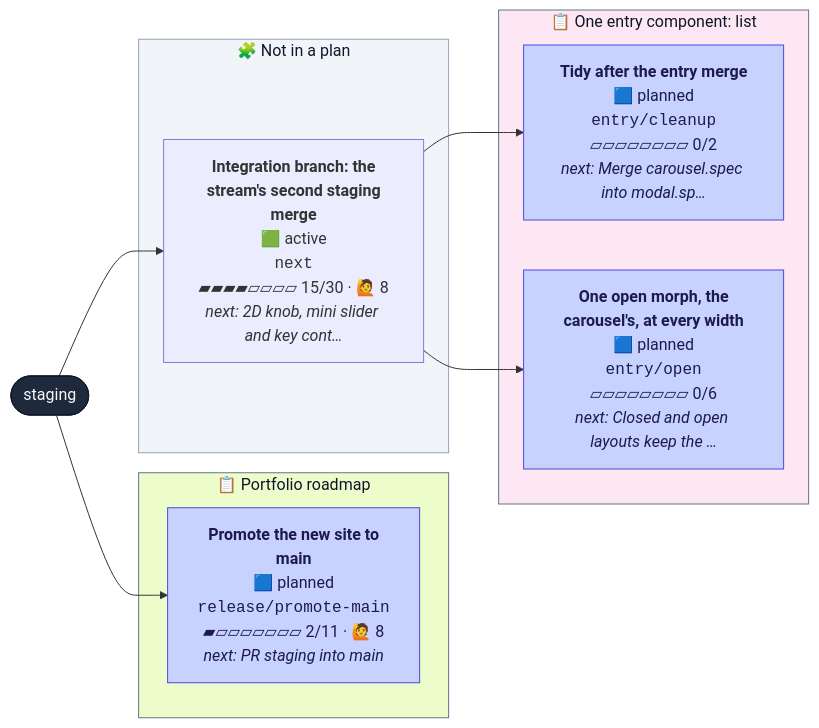
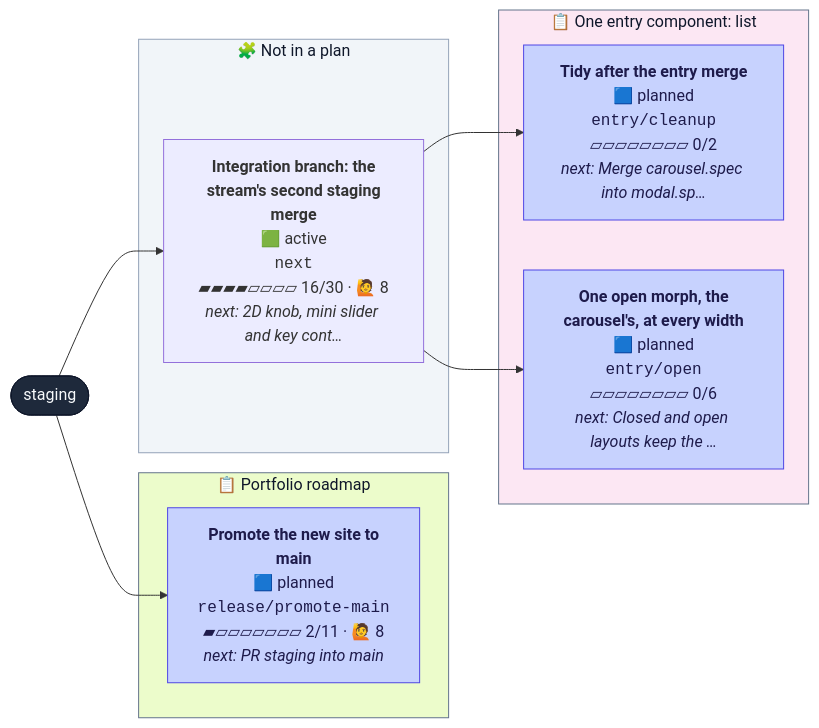
The second of 2 diagrams in CONTRIBUTING.md (henryjonescodes/portfolio), drawn with Mermaid before and after one commit. The commit also changed other lines of this file and 1 other file, not shown here.

````diff
--- a/CONTRIBUTING.md
+++ b/CONTRIBUTING.md
@@ -37,33 +37,33 @@
 ```mermaid
 flowchart LR
   n_staging([staging])
   class n_staging trunk
   subgraph plan_1["📋 One entry component: list"]
     n_entry_cleanup["<b>Tidy after the entry merge</b><br/>🟦 planned<br/><code>entry/cleanup</code><br/>▱▱▱▱▱▱▱▱ 0/2<br/><i>next: Merge carousel.spec into modal.sp…</i>"]
     class n_entry_cleanup planned
     n_entry_open["<b>One open morph, the<br/>carousel's, at every width</b><br/>🟦 planned<br/><code>entry/open</code><br/>▱▱▱▱▱▱▱▱ 0/6<br/><i>next: Closed and open layouts keep the …</i>"]
     class n_entry_open planned
   end
   style plan_1 fill:#fce7f3,stroke:#64748b,color:#0f172a
   subgraph plan_2["📋 Portfolio roadmap"]
     n_release_promote_main["<b>Promote the new site to<br/>main</b><br/>🟦 planned<br/><code>release/promote-main</code><br/>▰▱▱▱▱▱▱▱ 2/11 · 🙋 8<br/><i>next: PR staging into main</i>"]
     class n_release_promote_main planned
   end
   style plan_2 fill:#ecfccb,stroke:#64748b,color:#0f172a
   subgraph loose["🧩 Not in a plan"]
-    n_next["<b>Integration branch: the<br/>stream's second staging<br/>merge</b><br/>🟩 active<br/><code>next</code><br/>▰▰▰▰▱▱▱▱ 15/30 · 🙋 8<br/><i>next: 2D knob, mini slider and key cont…</i>"]
+    n_next["<b>Integration branch: the<br/>stream's second staging<br/>merge</b><br/>🟩 active<br/><code>next</code><br/>▰▰▰▰▱▱▱▱ 16/30 · 🙋 8<br/><i>next: 2D knob, mini slider and key cont…</i>"]
     class n_next active,current
   end
   style loose fill:#f1f5f9,stroke:#94a3b8,color:#0f172a
   n_next --> n_entry_cleanup
   n_next --> n_entry_open
   n_staging --> n_next
   n_staging --> n_release_promote_main
   classDef planned fill:#c7d2fe,stroke:#4f46e5,color:#1e1b4b
   classDef sketched fill:#f8fafc,stroke:#64748b,stroke-dasharray:4 3,color:#334155
   classDef active fill:#bbf7d0,stroke:#16a34a,stroke-width:3px,color:#052e16
   classDef review fill:#fde68a,stroke:#d97706,stroke-width:3px,color:#451a03
   classDef blocked fill:#fecaca,stroke:#dc2626,stroke-width:3px,color:#450a0a
   classDef trunk fill:#1e293b,stroke:#0f172a,color:#f8fafc
   classDef current stroke:#0ea5e9,stroke-width:5px
 ```
````
